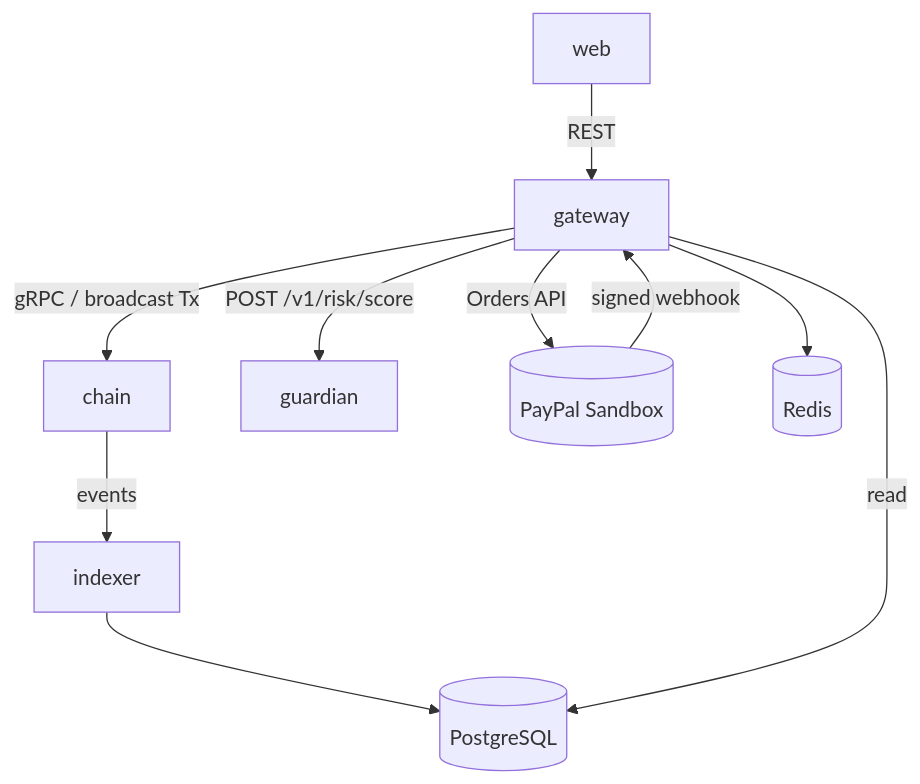
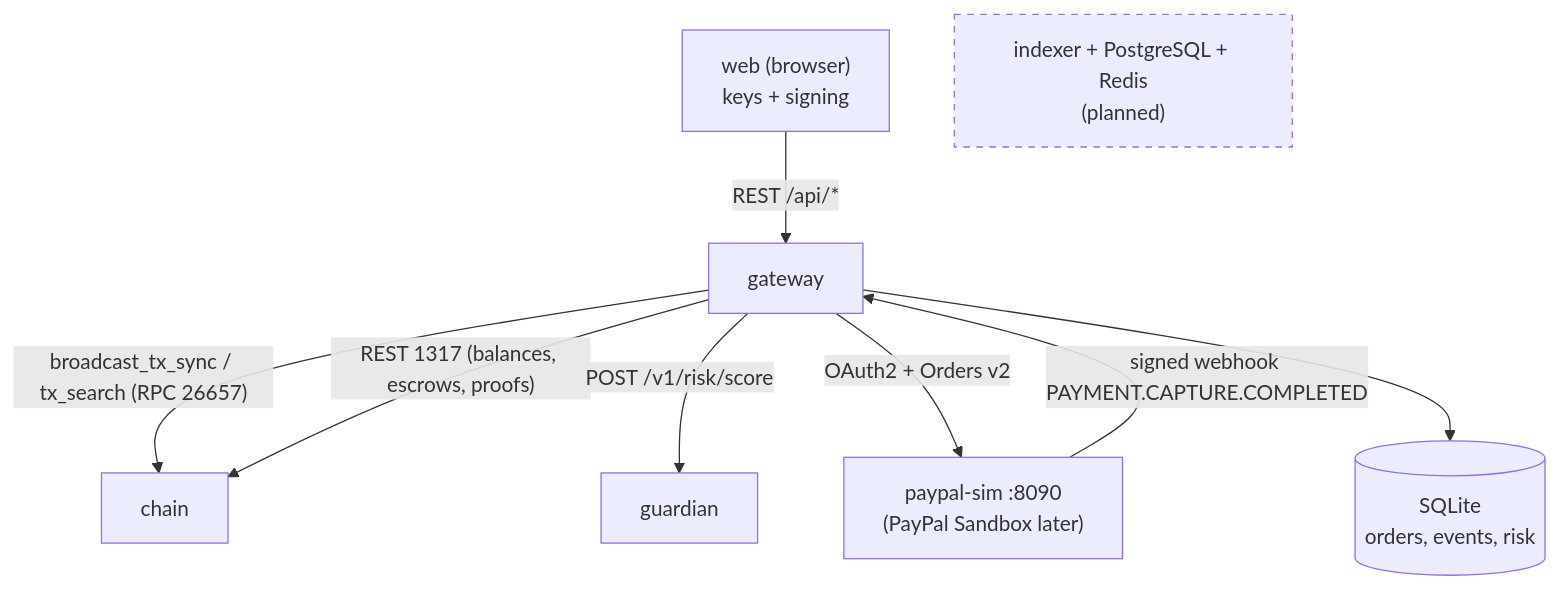
Before and after one commit to joeylukoji/Aurix: the first of 2 diagrams in docs/architecture/services.md, drawn with Mermaid. The commit also changed other lines of this file and 7 other files, not shown here.

Commit message:
docs: as-built architecture, sprint status, Devpost description and demo script

````diff
--- a/docs/architecture/services.md
+++ b/docs/architecture/services.md
@@ -14,12 +16,12 @@
 ```mermaid
 flowchart TB
-    web[web] -->|REST| gateway
-    gateway -->|gRPC / broadcast Tx| chain
+    web["web (browser)<br/>keys + signing"] -->|REST /api/*| gateway
+    gateway -->|"broadcast_tx_sync / tx_search (RPC 26657)"| chain
+    gateway -->|"REST 1317 (balances, escrows, proofs)"| chain
     gateway -->|POST /v1/risk/score| guardian
-    gateway -->|Orders API| paypal[(PayPal Sandbox)]
-    paypal -->|signed webhook| gateway
-    chain -->|events| indexer
-    indexer --> postgres[(PostgreSQL)]
-    gateway -->|read| postgres
-    gateway --> redis[(Redis)]
+    gateway -->|"OAuth2 + Orders v2"| paypal["paypal-sim :8090<br/>(PayPal Sandbox later)"]
+    paypal -->|"signed webhook PAYMENT.CAPTURE.COMPLETED"| gateway
+    gateway --> sqlite[("SQLite<br/>orders, events, risk")]
+    indexer["indexer + PostgreSQL + Redis<br/>(planned)"]:::planned
+    classDef planned stroke-dasharray: 5 5
 ```
````
